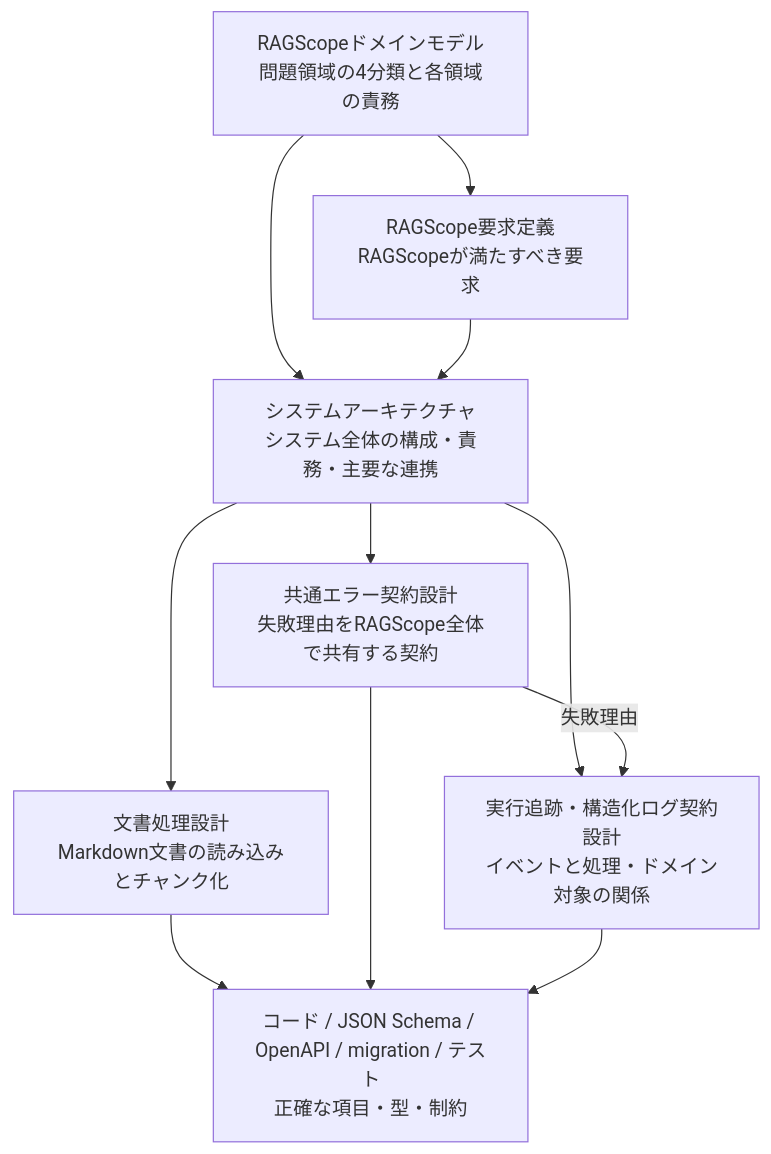
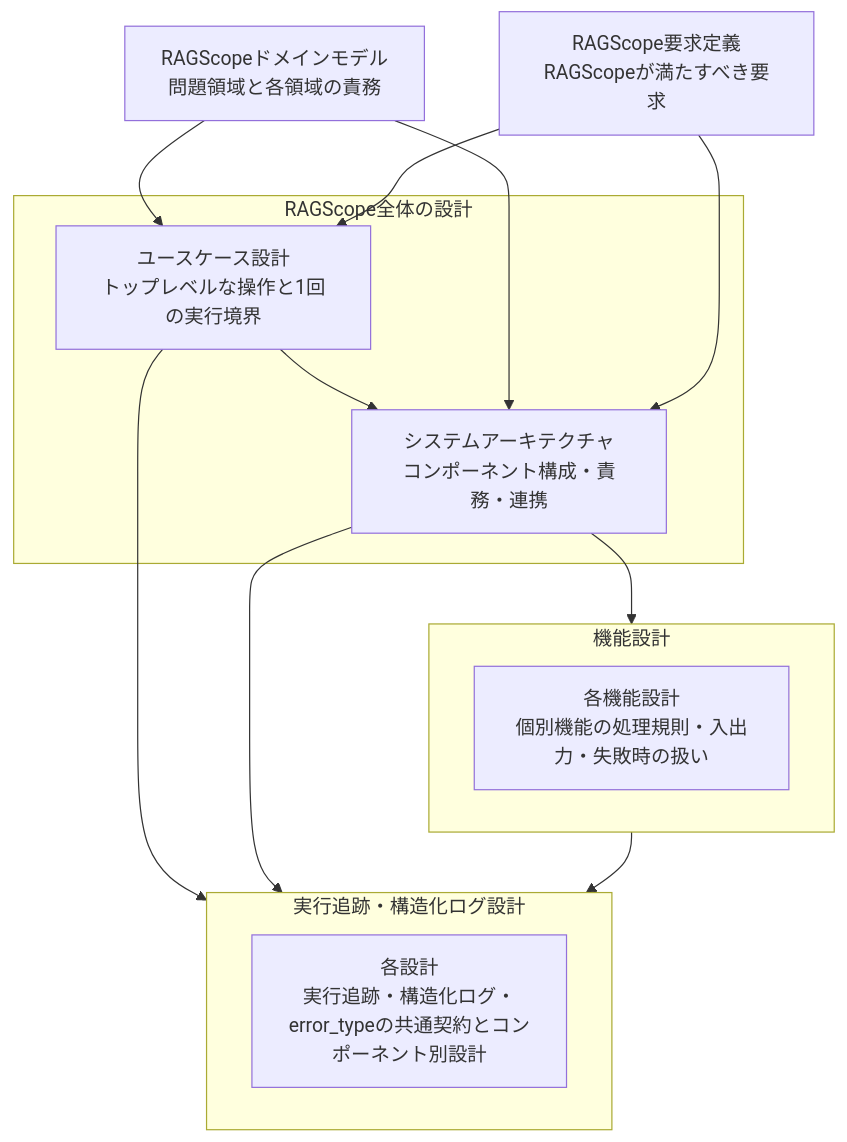
One commit to takashit16833/RAGScope changed the diagram in project-docs/design/README.md. Above: the diagram before and after it, drawn with Mermaid. The commit also changed other lines of this file and 19 other files, not shown here.

````diff
--- a/project-docs/design/README.md
+++ b/project-docs/design/README.md
@@ -18,25 +20,30 @@
 ```mermaid
 flowchart TD
-    Domain["RAGScopeドメインモデル<br>問題領域の4分類と各領域の責務"]
+    Domain["RAGScopeドメインモデル<br>問題領域と各領域の責務"]
     Requirements["RAGScope要求定義<br>RAGScopeが満たすべき要求"]
-    Architecture["システムアーキテクチャ<br>システム全体の構成・責務・主要な連携"]
 
-    Document["文書処理設計<br>Markdown文書の読み込みとチャンク化"]
-    Error["共通エラー契約設計<br>失敗理由をRAGScope全体で共有する契約"]
-    Logging["実行追跡・構造化ログ契約設計<br>イベントと処理・ドメイン対象の関係"]
+    subgraph Core["RAGScope全体の設計"]
+        UseCase["ユースケース設計<br>トップレベルな操作と1回の実行境界"]
+        Architecture["システムアーキテクチャ<br>コンポーネント構成・責務・連携"]
+        UseCase --> Architecture
+    end
 
-    Machine["コード / JSON Schema / OpenAPI / migration / テスト<br>正確な項目・型・制約"]
+    subgraph Features["機能設計"]
+        FeatureDesigns["各機能設計<br>個別機能の処理規則・入出力・失敗時の扱い"]
+    end
 
-    Domain --> Requirements
+    subgraph Logging["実行追跡・構造化ログ設計"]
+        LoggingDesigns["各設計<br>実行追跡・構造化ログ・error_typeの共通契約とコンポーネント別設計"]
+    end
+
+    Domain --> UseCase
+    Requirements --> UseCase
     Domain --> Architecture
     Requirements --> Architecture
-    Architecture --> Document
-    Architecture --> Error
+
+    Architecture --> Features
+
+    UseCase --> Logging
     Architecture --> Logging
-
-    Error -->|"失敗理由"| Logging
-
-    Document --> Machine
-    Error --> Machine
-    Logging --> Machine
+    Features --> Logging
 ```
````
